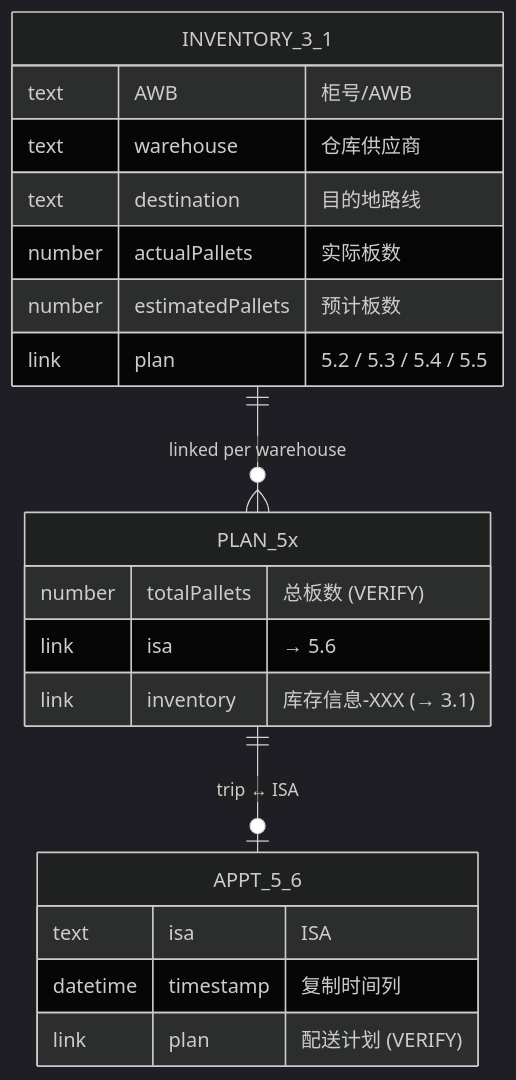
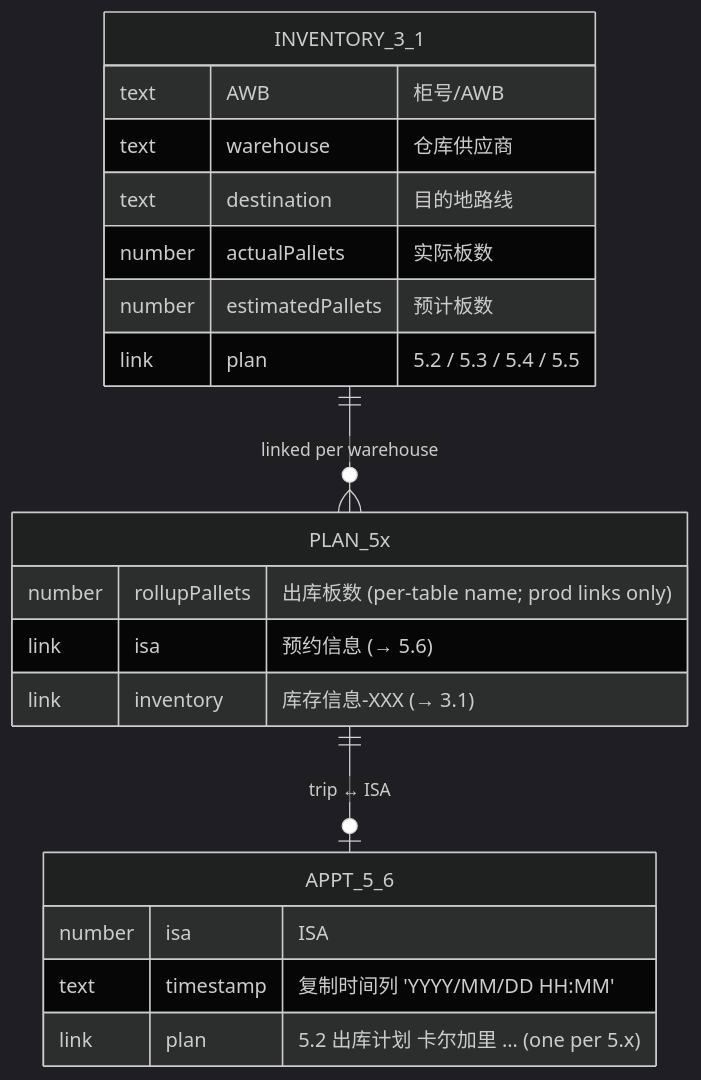
Before and after one commit to amerald9748/LarkTunnel: the diagram in docs/30 Reference/Table Registry.md, drawn with Mermaid (dark theme). The commit also changed other lines of this file and 19 other files, not shown here.

````diff
--- a/docs/30 Reference/Table Registry.md
+++ b/docs/30 Reference/Table Registry.md
@@ -22,23 +41,23 @@
 ```mermaid
 erDiagram
     INVENTORY_3_1 ||--o{ PLAN_5x : "linked per warehouse"
     PLAN_5x ||--o| APPT_5_6 : "trip ↔ ISA"
     INVENTORY_3_1 {
         text AWB "柜号/AWB"
         text warehouse "仓库供应商"
         text destination "目的地路线"
         number actualPallets "实际板数"
         number estimatedPallets "预计板数"
         link plan "5.2 / 5.3 / 5.4 / 5.5"
     }
     PLAN_5x {
-        number totalPallets "总板数 (VERIFY)"
-        link isa "→ 5.6"
+        number rollupPallets "出库板数 (per-table name; prod links only)"
+        link isa "预约信息 (→ 5.6)"
         link inventory "库存信息-XXX (→ 3.1)"
     }
     APPT_5_6 {
-        text isa "ISA"
-        datetime timestamp "复制时间列"
-        link plan "配送计划 (VERIFY)"
+        number isa "ISA"
+        text timestamp "复制时间列 'YYYY/MM/DD HH:MM'"
+        link plan "5.2 出库计划 卡尔加里 … (one per 5.x)"
     }
 ```
````
